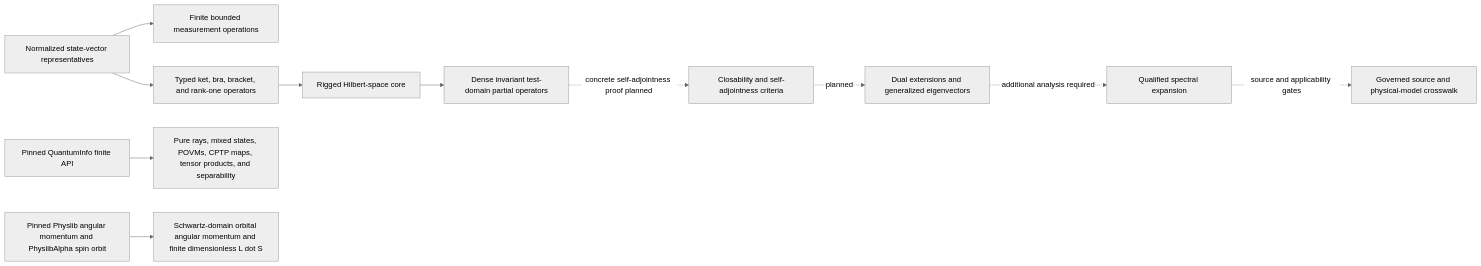
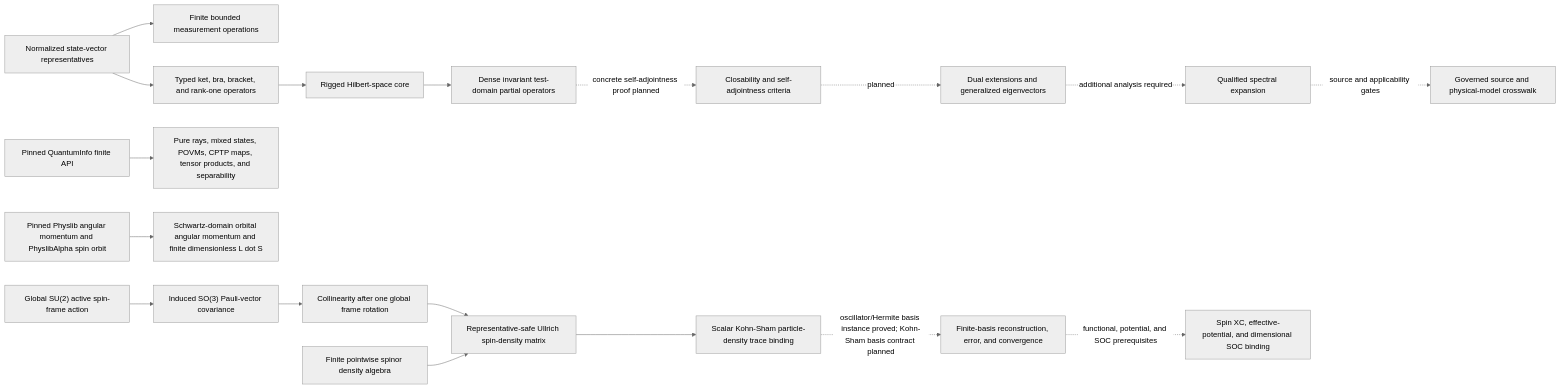
One commit to eragasa/projectkoios-formal changed the second of 2 diagrams in docs/roadmap.md. Above: the diagram before and after it, drawn with Mermaid (neutral theme). The commit also changed other lines of this file and 34 other files, not shown here.

First line of the commit message:
Add continuum spin-density approximation and oscillator certificates

````diff
--- a/docs/roadmap.md
+++ b/docs/roadmap.md
@@ -30,26 +30,41 @@
 ```mermaid
 flowchart LR
   Q0[Normalized state-vector representatives]
   Q1[Finite bounded measurement operations]
   Q2[Typed ket, bra, bracket, and rank-one operators]
   Q3[Rigged Hilbert-space core]
   Q4[Dense invariant test-domain partial operators]
   Q5[Closability and self-adjointness criteria]
   Q6[Dual extensions and generalized eigenvectors]
   Q7[Qualified spectral expansion]
   Q8[Governed source and physical-model crosswalk]
   QI0[Pinned QuantumInfo finite API]
   QI1[Pure rays, mixed states, POVMs, CPTP maps, tensor products, and separability]
   QA0[Pinned Physlib angular momentum and PhyslibAlpha spin orbit]
   QA1[Schwartz-domain orbital angular momentum and finite dimensionless L dot S]
+  QS0["Global SU(2) active spin-frame action"]
+  QS1["Induced SO(3) Pauli-vector covariance"]
+  QS2[Collinearity after one global frame rotation]
+  QSF[Finite pointwise spinor density algebra]
+  QS3[Representative-safe Ullrich spin-density matrix]
+  QS4[Scalar Kohn-Sham particle-density trace binding]
+  QSC[Finite-basis reconstruction, error, and convergence]
+  QS5[Spin XC, effective-potential, and dimensional SOC binding]
   Q0 --> Q1
   Q0 --> Q2
   Q2 --> Q3
   Q3 --> Q4
   Q4 -. concrete self-adjointness proof planned .-> Q5
   Q5 -. planned .-> Q6
   Q6 -. additional analysis required .-> Q7
   Q7 -. source and applicability gates .-> Q8
   QI0 --> QI1
   QA0 --> QA1
+  QS0 --> QS1
+  QS1 --> QS2
+  QS2 --> QS3
+  QSF --> QS3
+  QS3 --> QS4
+  QS4 -. oscillator/Hermite basis instance proved; Kohn-Sham basis contract planned .-> QSC
+  QSC -. functional, potential, and SOC prerequisites .-> QS5
 ```
````
